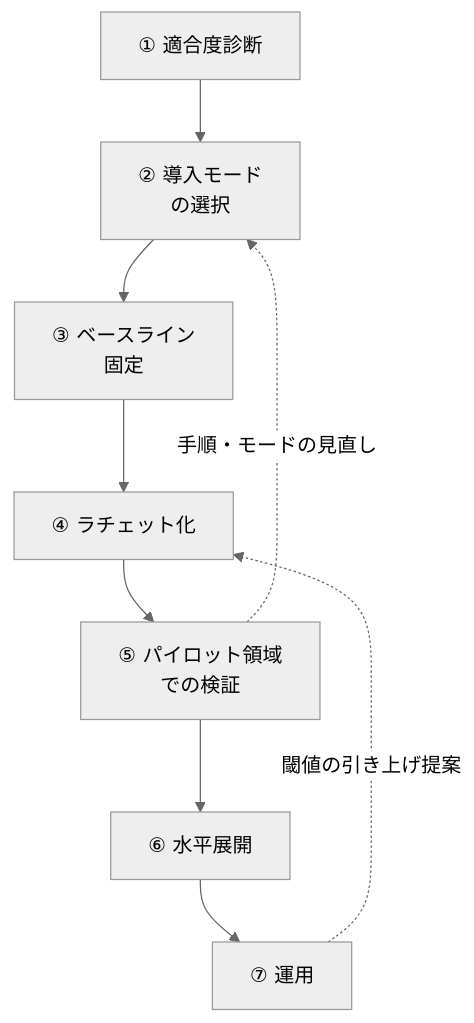
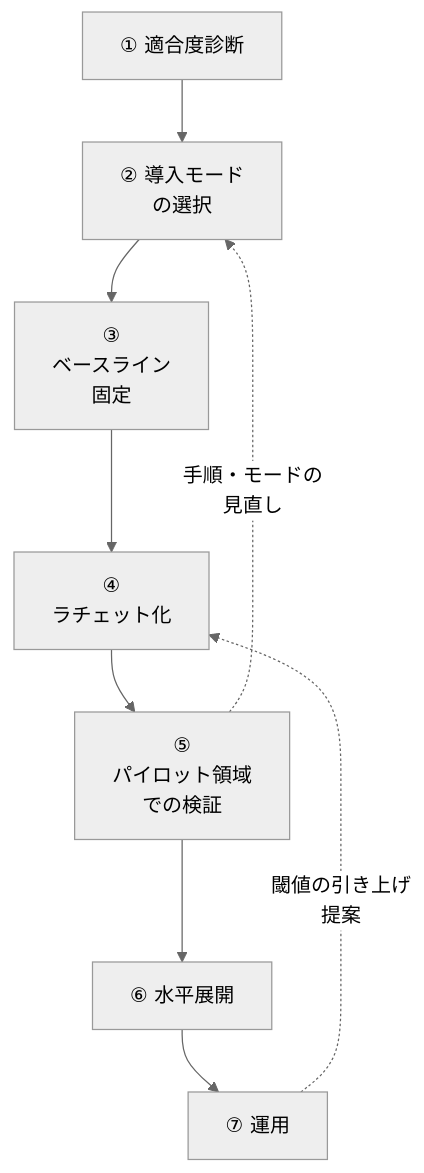
Before and after one commit to toshio-shiratori/harness-test-strategy: the first of 2 diagrams in docs/testing/05-adoption-guide.md, drawn with Mermaid (neutral theme). The commit also changed other lines of this file and 5 other files, not shown here.

First line of the commit message:
docs: docs/testing の図で、ノード内の文字が GitHub 上で語の途中で折り返すのを直す (#210) (#220)

````diff
--- a/docs/testing/05-adoption-guide.md
+++ b/docs/testing/05-adoption-guide.md
@@ -33,6 +33,6 @@
 ```mermaid
 flowchart TB
-  S1["① 適合度診断"] --> S2["② 導入モード<br/>の選択"] --> S3["③ ベースライン<br/>固定"] --> S4["④ ラチェット化"] --> S5["⑤ パイロット領域<br/>での検証"] --> S6["⑥ 水平展開"] --> S7["⑦ 運用"]
-  S5 -. "手順・モードの見直し" .-> S2
-  S7 -. "閾値の引き上げ提案" .-> S4
+  S1["① 適合度診断"] --> S2["② 導入モード<br/>の選択"] --> S3["③<br/>ベースライン<br/>固定"] --> S4["④<br/>ラチェット化"] --> S5["⑤<br/>パイロット領域<br/>での検証"] --> S6["⑥ 水平展開"] --> S7["⑦ 運用"]
+  S5 -. "手順・モードの<br/>見直し" .-> S2
+  S7 -. "閾値の引き上げ<br/>提案" .-> S4
 ```
````
